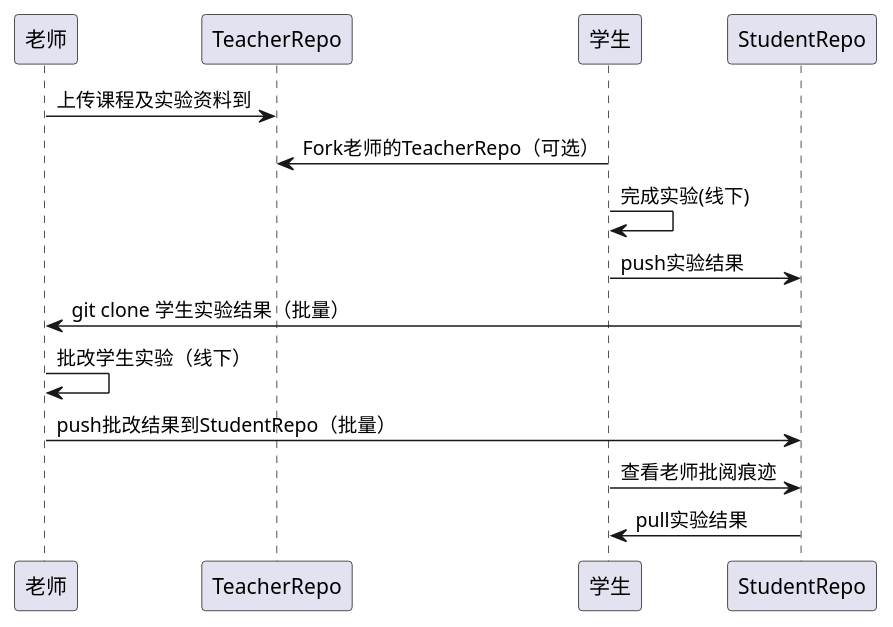
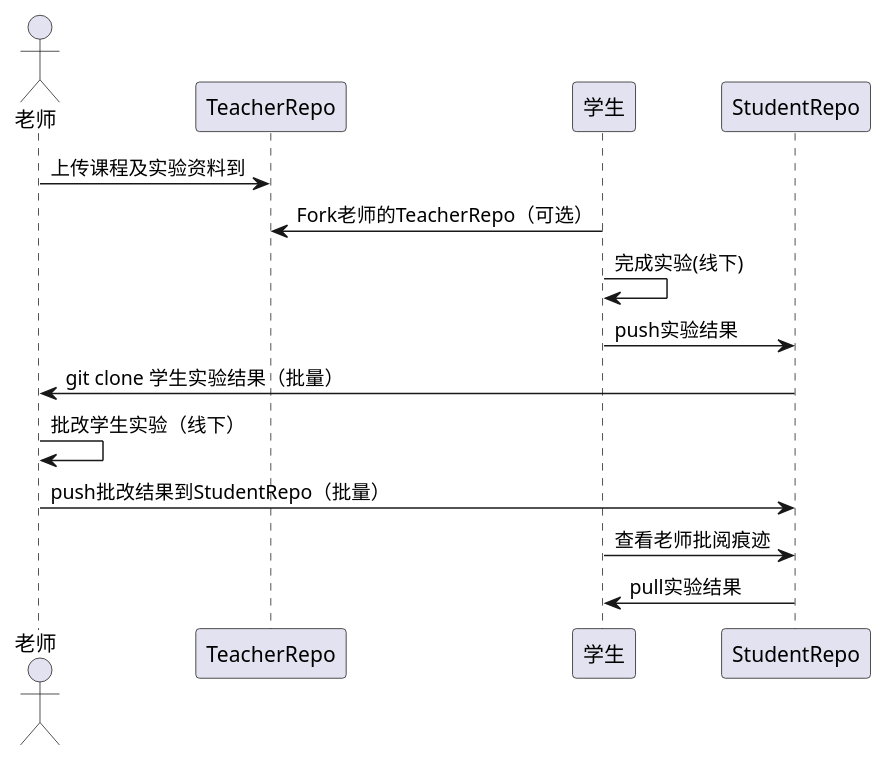
One commit to zwdcdu/is_analysis changed the diagram in docs/github实验工作流.puml. Above: the diagram before and after it, drawn with PlantUML. The commit also changed 4 other files, not shown here.

```diff
--- a/docs/github实验工作流.puml
+++ b/docs/github实验工作流.puml
@@ -1,11 +1,12 @@
 @startuml
+actor 老师
 老师 -> TeacherRepo: 上传课程及实验资料到
 学生 -> TeacherRepo: Fork老师的TeacherRepo（可选）
 学生 -> 学生: 完成实验(线下)
 学生 -> StudentRepo: push实验结果
 StudentRepo ->老师 : git clone 学生实验结果（批量）
 老师 -> 老师: 批改学生实验（线下）
 老师 -> StudentRepo: push批改结果到StudentRepo（批量）
 学生 -> StudentRepo: 查看老师批阅痕迹
 StudentRepo ->学生:pull实验结果
 @enduml
```
